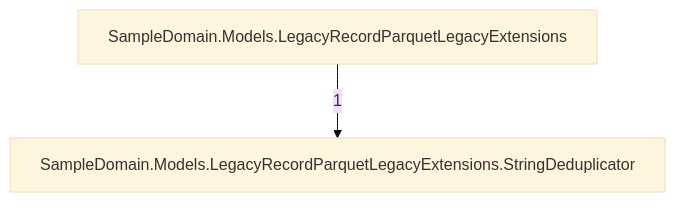
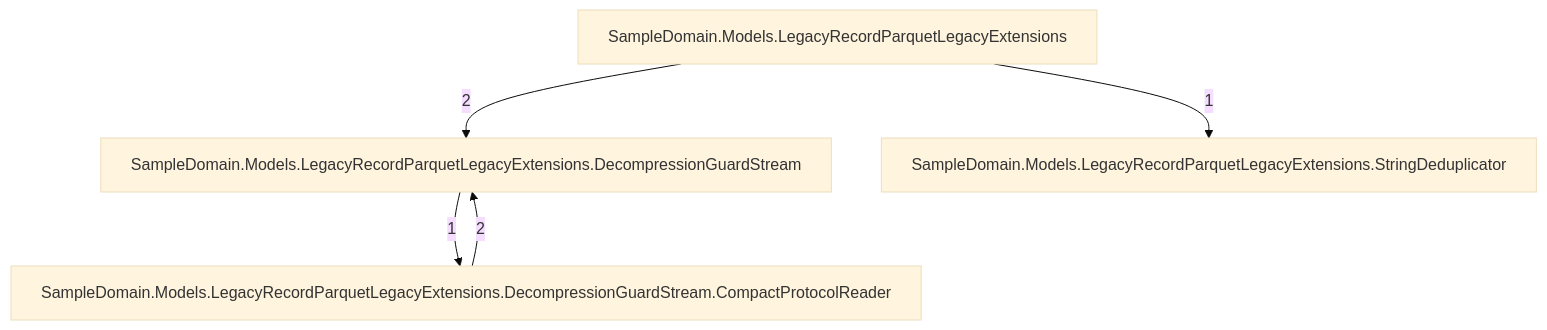
One commit to rtkelly13/Parquet.SourceGenerator changed the first of 7 diagrams in docs/callgraph-generated.md. Above: the diagram before and after it, drawn with Mermaid (base theme). The commit also changed other lines of this file and 32 other files, not shown here.

````diff
--- a/docs/callgraph-generated.md
+++ b/docs/callgraph-generated.md
@@ -10,6 +10,11 @@
 ```mermaid
 graph TD
     tsampledomainmodelslegacyrecordparquetlegacyextensions_055["SampleDomain.Models.LegacyRecordParquetLegacyExtensions"]
+    tsampledomainmodelslegacyrecordparquetlegacyextensionsdecompressionguardstream_080["SampleDomain.Models.LegacyRecordParquetLegacyExtensions.DecompressionGuardStream"]
+    tsampledomainmodelslegacyrecordparquetlegacyextensionsdecompressionguardstreamcompactprotocolreader_102["SampleDomain.Models.LegacyRecordParquetLegacyExtensions.DecompressionGuardStream.CompactProtocolReader"]
     tsampledomainmodelslegacyrecordparquetlegacyextensionsstringdeduplicator_074["SampleDomain.Models.LegacyRecordParquetLegacyExtensions.StringDeduplicator"]
+    tsampledomainmodelslegacyrecordparquetlegacyextensionsdecompressionguardstreamcompactprotocolreader_102 -->|2| tsampledomainmodelslegacyrecordparquetlegacyextensionsdecompressionguardstream_080
+    tsampledomainmodelslegacyrecordparquetlegacyextensionsdecompressionguardstream_080 -->|1| tsampledomainmodelslegacyrecordparquetlegacyextensionsdecompressionguardstreamcompactprotocolreader_102
+    tsampledomainmodelslegacyrecordparquetlegacyextensions_055 -->|2| tsampledomainmodelslegacyrecordparquetlegacyextensionsdecompressionguardstream_080
     tsampledomainmodelslegacyrecordparquetlegacyextensions_055 -->|1| tsampledomainmodelslegacyrecordparquetlegacyextensionsstringdeduplicator_074
 ```
````
